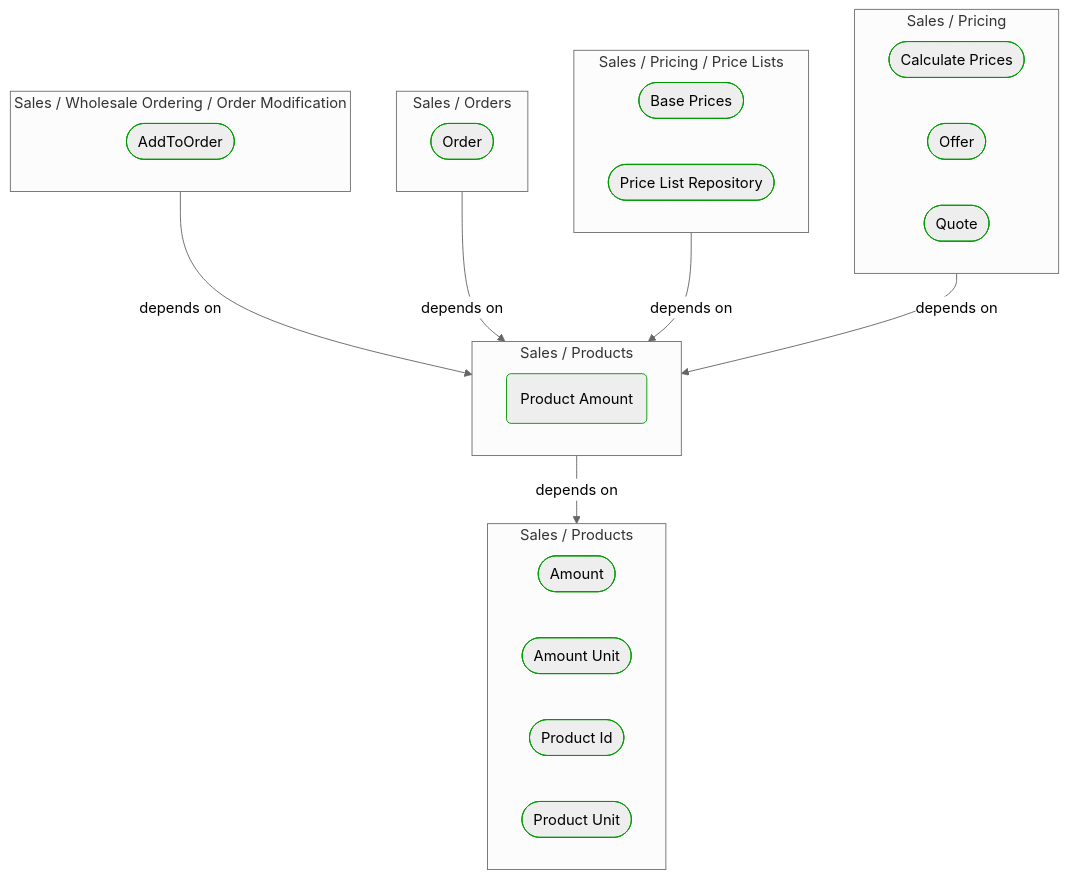
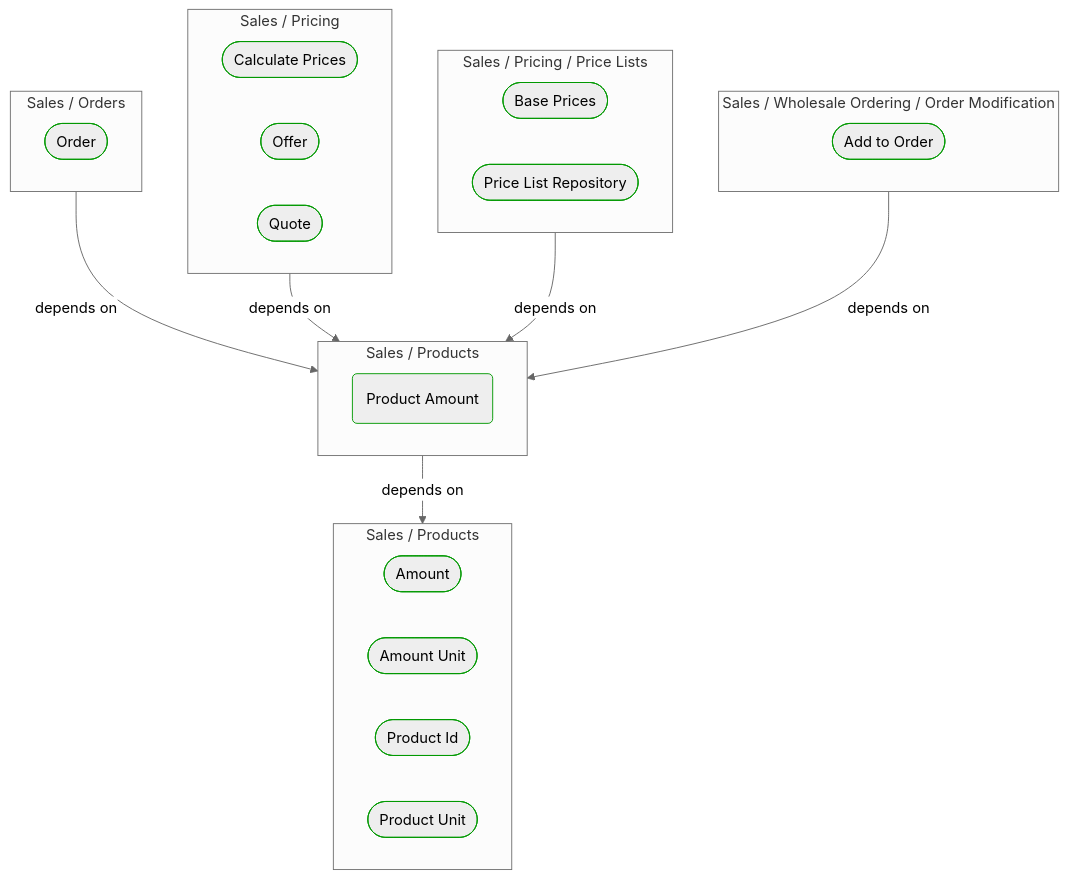
The first of 2 diagrams in Docs/P3/MermaidOutput/Domain/Concepts/Sales/Products/ProductAmount.md (itlibrium/DDD-starter-dotnet), drawn with Mermaid (neutral theme) before and after one commit. The commit also changed other lines of this file and 51 other files, not shown here.

````diff
--- a/Docs/P3/MermaidOutput/Domain/Concepts/Sales/Products/ProductAmount.md
+++ b/Docs/P3/MermaidOutput/Domain/Concepts/Sales/Products/ProductAmount.md
@@ -20,47 +20,47 @@
 ```mermaid
   flowchart TB
-    subgraph 0["Sales / Wholesale Ordering / Order Modification"]
-      1([AddToOrder])
+    subgraph 0["Sales / Orders"]
+      1([Order])
       class 1 DomainPerspective
     end
-    subgraph 2["Sales / Orders"]
-      3([Order])
+    subgraph 2["Sales / Pricing"]
+      3([Calculate Prices])
       class 3 DomainPerspective
+      4([Offer])
+      class 4 DomainPerspective
+      5([Quote])
+      class 5 DomainPerspective
     end
-    subgraph 4["Sales / Pricing / Price Lists"]
-      5([Base Prices])
-      class 5 DomainPerspective
-      6([Price List Repository])
-      class 6 DomainPerspective
+    subgraph 6["Sales / Pricing / Price Lists"]
+      7([Base Prices])
+      class 7 DomainPerspective
+      8([Price List Repository])
+      class 8 DomainPerspective
     end
-    subgraph 7["Sales / Pricing"]
-      8([Calculate Prices])
-      class 8 DomainPerspective
-      9([Offer])
-      class 9 DomainPerspective
-      10([Quote])
+    subgraph 9["Sales / Wholesale Ordering / Order Modification"]
+      10([Add to Order])
       class 10 DomainPerspective
     end
     subgraph 11["Sales / Products"]
       12(Product Amount)
       class 12 DomainPerspective
     end
     subgraph 13["Sales / Products"]
       14([Amount])
       class 14 DomainPerspective
       15([Amount Unit])
       class 15 DomainPerspective
       16([Product Id])
       class 16 DomainPerspective
       17([Product Unit])
       class 17 DomainPerspective
     end
     0-->|depends on|11
     2-->|depends on|11
-    4-->|depends on|11
-    7-->|depends on|11
+    6-->|depends on|11
+    9-->|depends on|11
     11-->|depends on|13
     classDef DomainPerspective stroke:#009900
     classDef TechnologyPerspective stroke:#1F41EB
     classDef PeoplePerspective stroke:#FFF014
 ```
````
